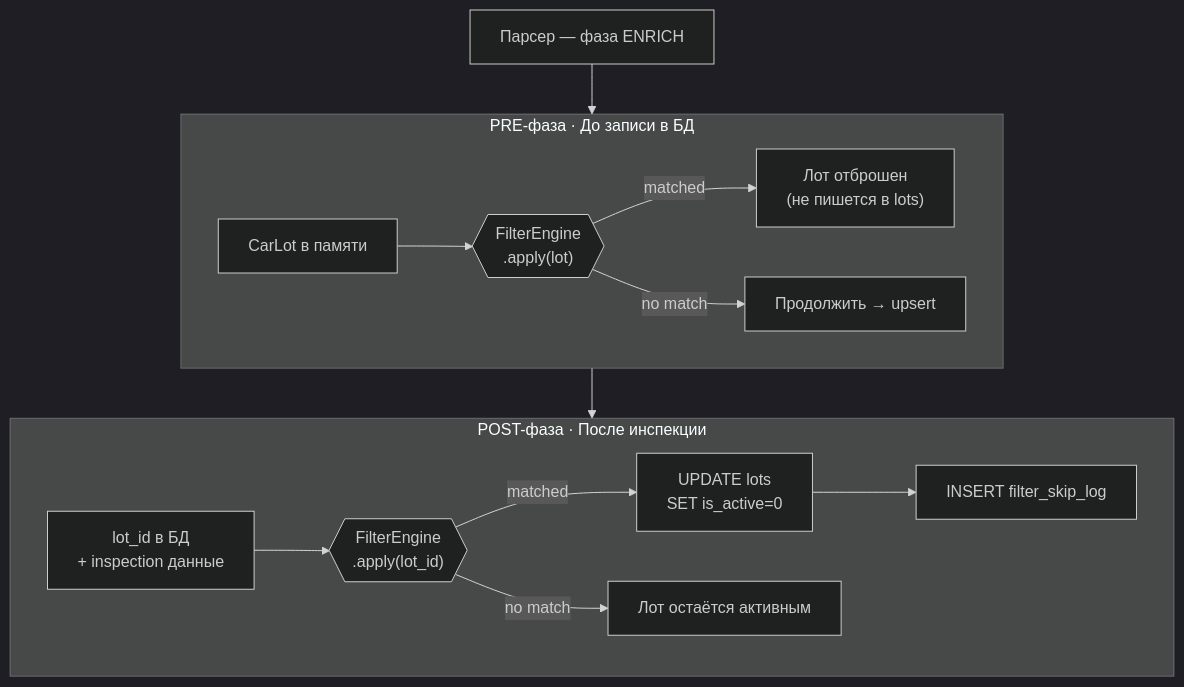
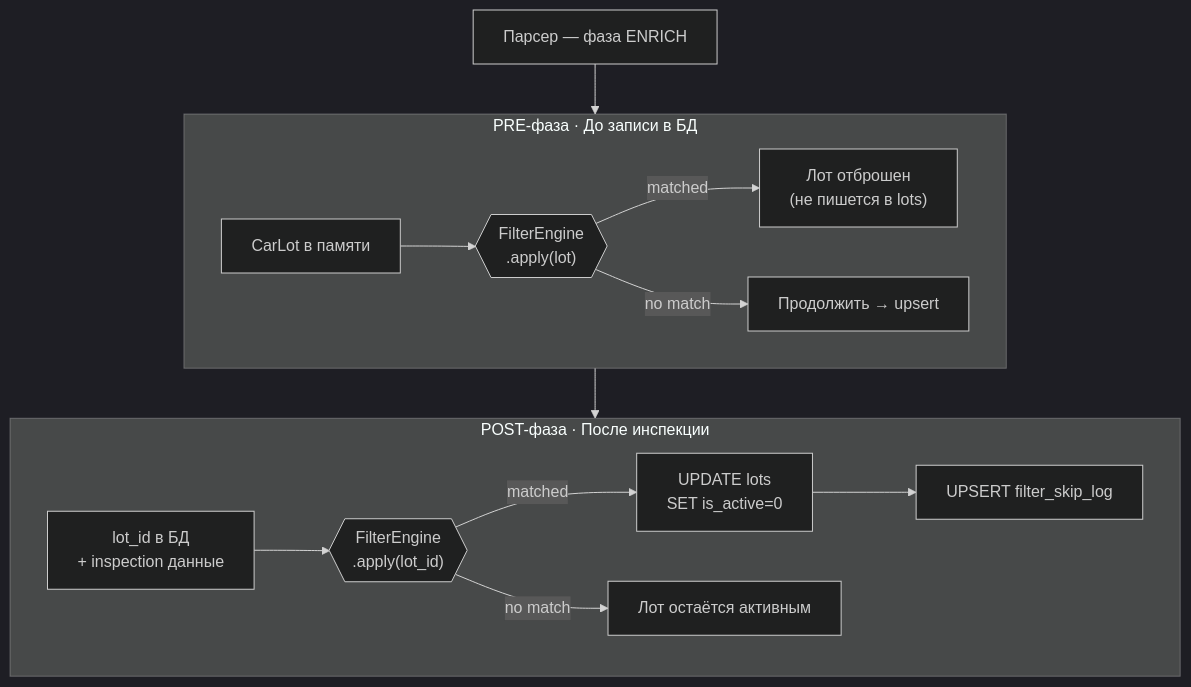
Before and after one commit to ArtyomKoshel/carbotacrchi: the diagram in docs/10-filters.md, drawn with Mermaid (dark theme). The commit also changed other lines of this file and 8 other files, not shown here.

First line of the commit message:
fix(storage): dedup filter_skip_log, add retention, drop unused lots indexes

````diff
--- a/docs/10-filters.md
+++ b/docs/10-filters.md
@@ -16,28 +16,28 @@
 ```mermaid
 flowchart TD
     subgraph PRE["PRE-фаза · До записи в БД"]
         direction LR
         P1["CarLot в памяти"]
         P2{{"FilterEngine\n.apply(lot)"}}
         P3["Лот отброшен\n(не пишется в lots)"]
         P4["Продолжить → upsert"]
         P1 --> P2
         P2 -->|"matched"| P3
         P2 -->|"no match"| P4
     end
 
     subgraph POST["POST-фаза · После инспекции"]
         direction LR
         Q1["lot_id в БД\n+ inspection данные"]
         Q2{{"FilterEngine\n.apply(lot_id)"}}
         Q3["UPDATE lots\nSET is_active=0"]
-        Q4["INSERT filter_skip_log"]
+        Q4["UPSERT filter_skip_log"]
         Q5["Лот остаётся активным"]
         Q1 --> Q2
         Q2 -->|"matched"| Q3 --> Q4
         Q2 -->|"no match"| Q5
     end
 
     PARSE["Парсер — фаза ENRICH"] --> PRE
     PRE --> POST
 ```
````
